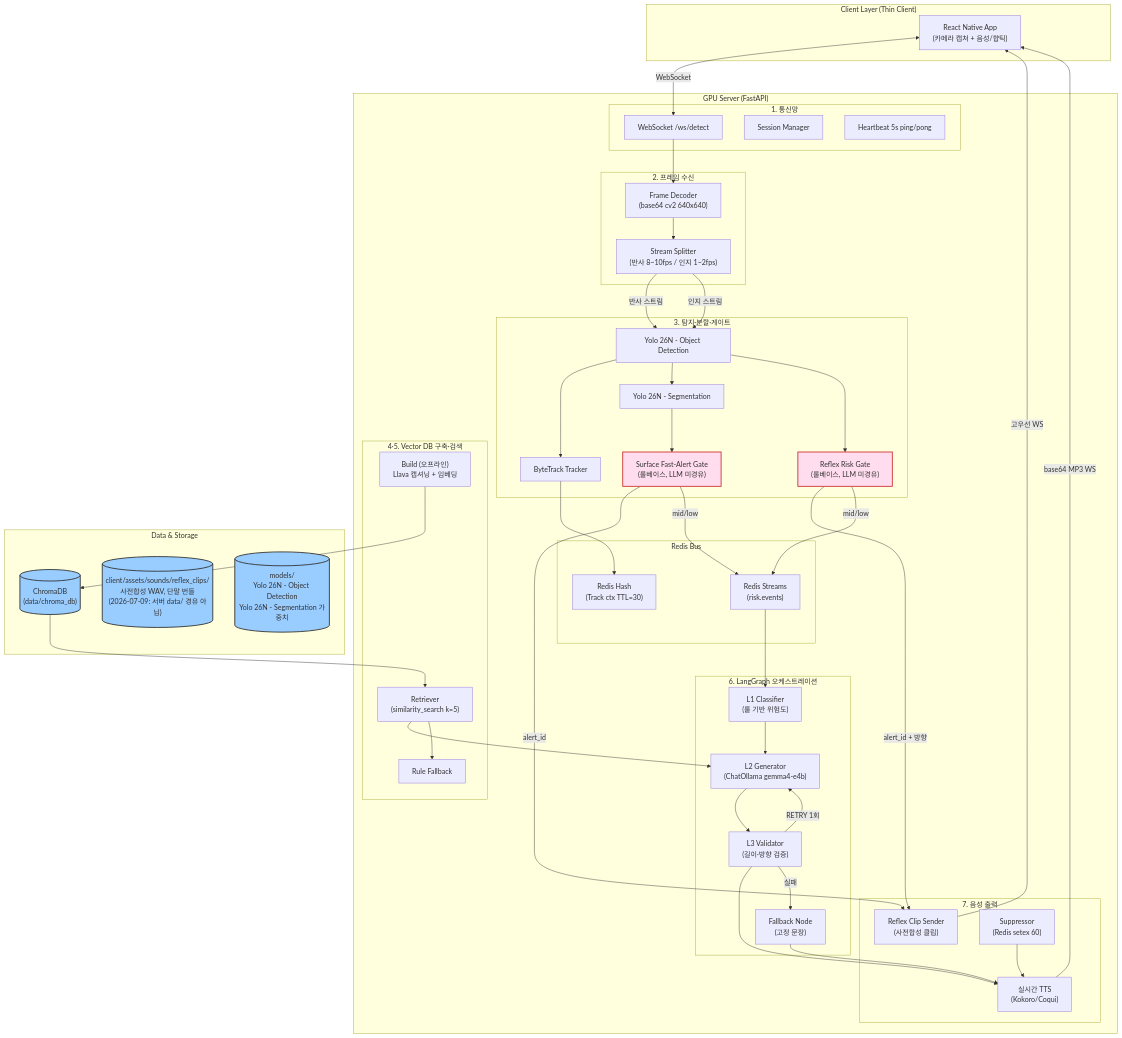
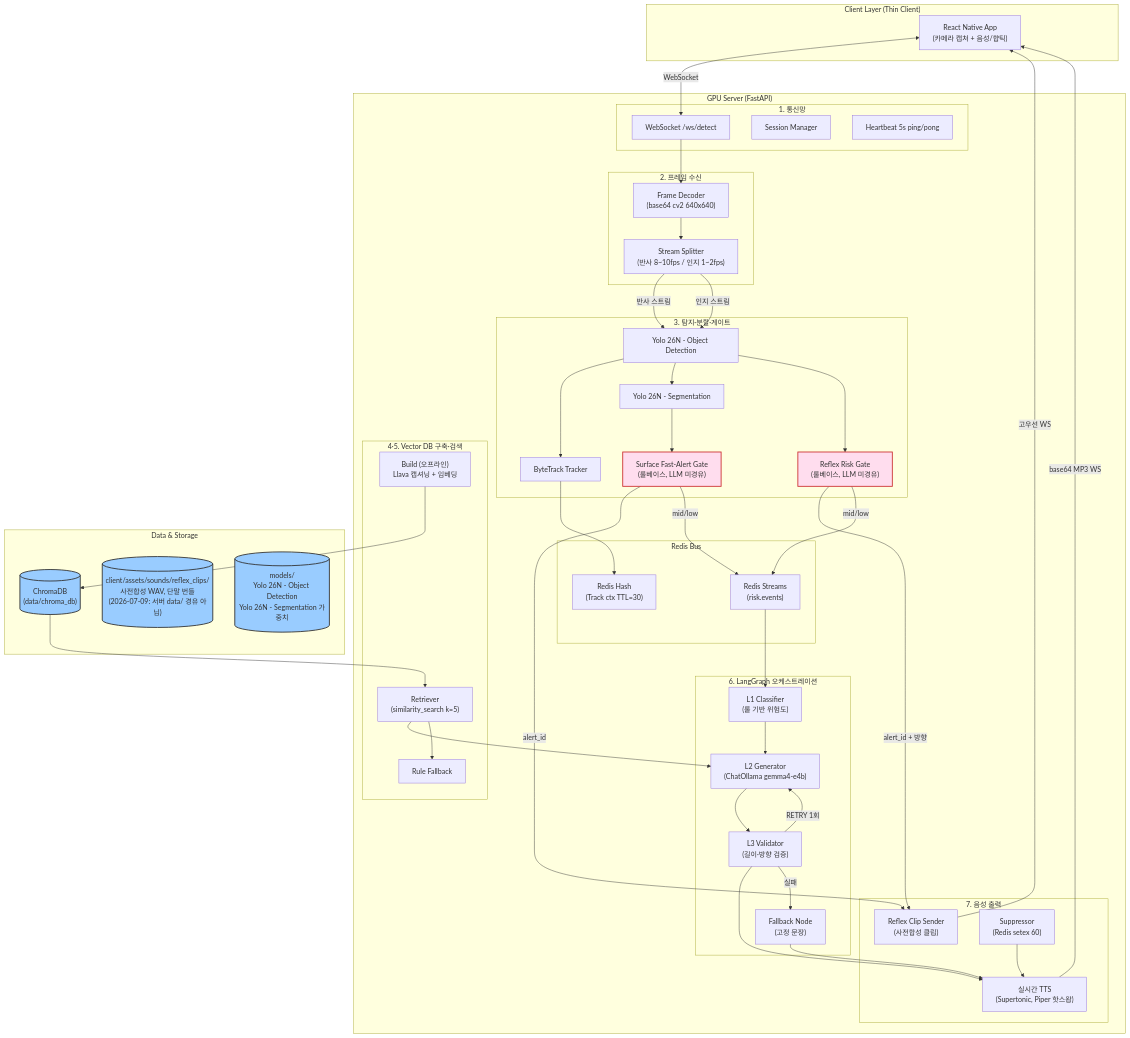
The first of 2 diagrams in docs/design/architecture.md (Groog-sudo/Minchodan), drawn with Mermaid before and after one commit. The commit also changed other lines of this file and 41 other files, not shown here.

First line of the commit message:
fix(tts,camera): TTS 절단 근본 원인 해결 - Piper→Supertonic 교체, 반사 캡처 Frame Processor 전환

```diff
--- a/docs/design/architecture.md
+++ b/docs/design/architecture.md
@@ -88,7 +88,7 @@
         end
 
         subgraph TTS ["7. 음성 출력"]
-            RealtimeTTS["실시간 TTS<br/>(Kokoro/Coqui)"]
+            RealtimeTTS["실시간 TTS<br/>(Supertonic, Piper 핫스왑)"]
             ClipSender["Reflex Clip Sender<br/>(사전합성 클립)"]
             Suppressor["Suppressor<br/>(Redis setex 60)"]
         end
```
